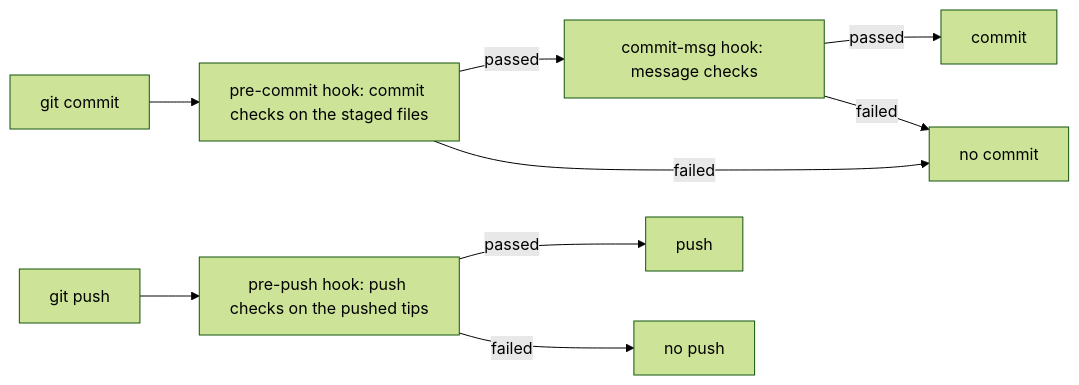
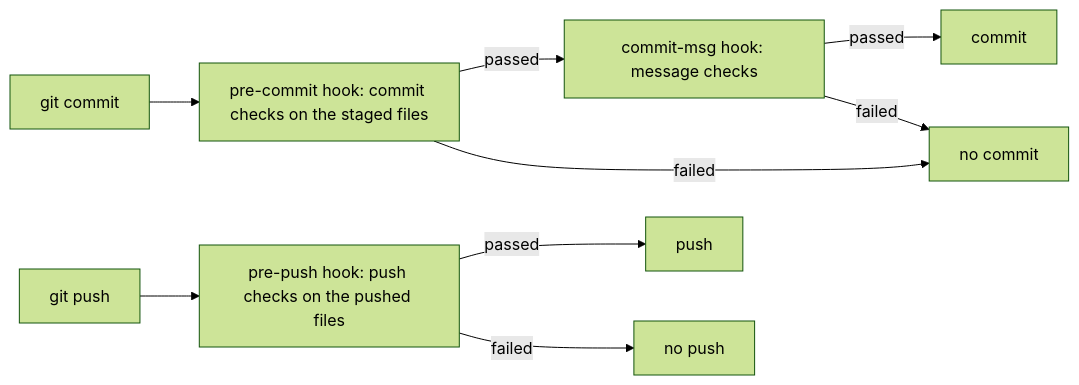
One commit to stefanionescu/gspot changed the diagram in docs/src/content/docs/use/hooks.md. Above: the diagram before and after it, drawn with Mermaid (forest theme). The commit also changed other lines of this file and 1 other file, not shown here.

````diff
--- a/docs/src/content/docs/use/hooks.md
+++ b/docs/src/content/docs/use/hooks.md
@@ -17,12 +15,12 @@
 ```mermaid
 flowchart LR
     accTitle: What the hooks check
     accDescr: git commit runs the commit checks in the pre-commit hook, then the message checks in the commit-msg hook, and a failed check stops the commit. git push runs the push checks in the pre-push hook, and a failed check stops the push.
     commit["git commit"] --> precommit["pre-commit hook: commit checks on the staged files"]
     precommit -- passed --> message["commit-msg hook: message checks"] -- passed --> committed["commit"]
     precommit -- failed --> stopped["no commit"]
     message -- failed --> stopped
-    push["git push"] --> prepush["pre-push hook: push checks on the pushed tips"]
+    push["git push"] --> prepush["pre-push hook: push checks on the pushed files"]
     prepush -- passed --> pushed["push"]
     prepush -- failed --> refused["no push"]
 ```
````
